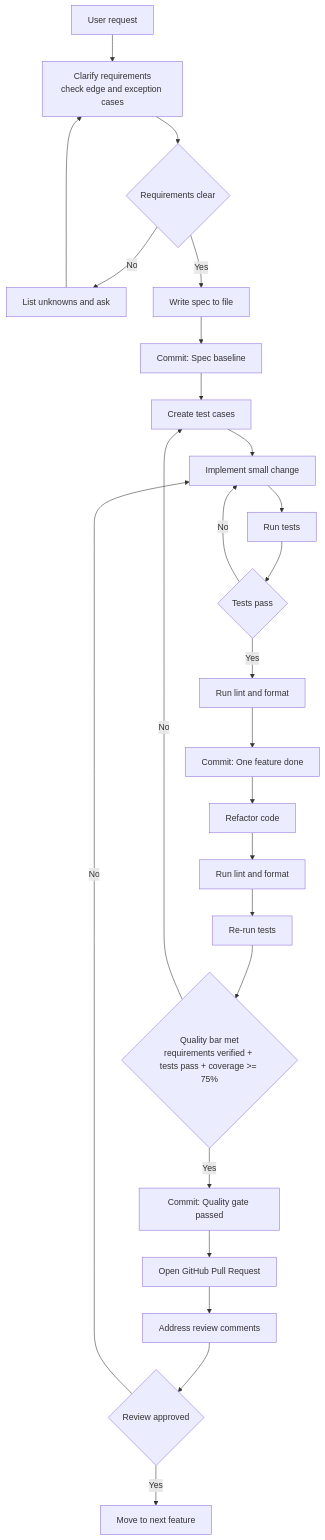
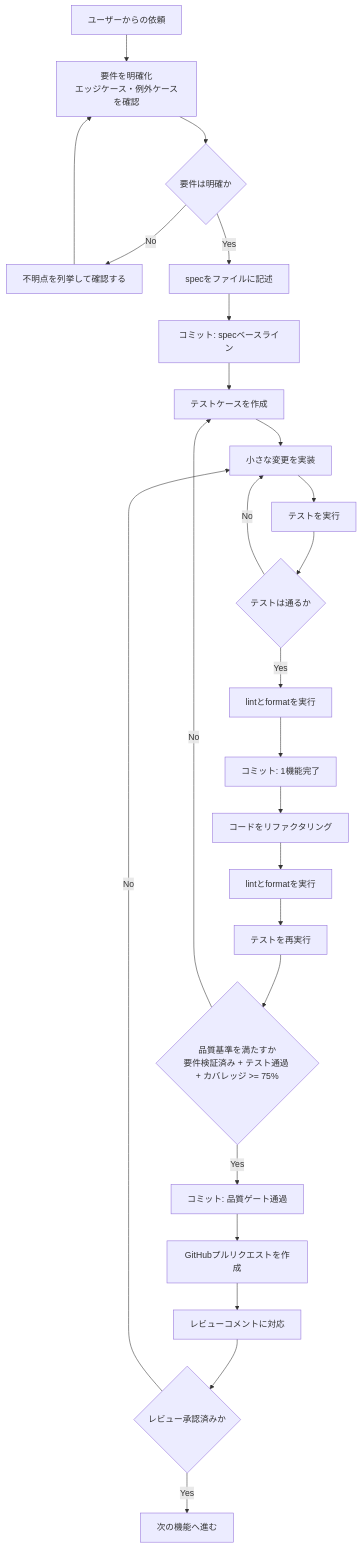
One commit to kuju63/code-review-agents changed the diagram in AGENTS.md. Above: the diagram before and after it, drawn with Mermaid. The commit also changed other lines of this file, not shown here.

````diff
--- a/AGENTS.md
+++ b/AGENTS.md
@@ -155,27 +149,27 @@
 ```mermaid
 flowchart TD
-    A["User request"] --> B["Clarify requirements<br/>check edge and exception cases"]
-    B --> C{"Requirements clear"}
-    C -- No --> D["List unknowns and ask"]
+    A["ユーザーからの依頼"] --> B["要件を明確化<br/>エッジケース・例外ケースを確認"]
+    B --> C{"要件は明確か"}
+    C -- No --> D["不明点を列挙して確認する"]
     D --> B
-    C -- Yes --> K["Write spec to file"]
-        K --> C1["Commit: Spec baseline"]
-        C1 --> E["Create test cases"]
-    E --> F["Implement small change"]
-    F --> G["Run tests"]
-    G --> H{"Tests pass"}
-        H -- Yes --> L["Run lint and format"]
-        L --> C2["Commit: One feature done"]
-        C2 --> I["Refactor code"]
+    C -- Yes --> K["specをファイルに記述"]
+        K --> C1["コミット: specベースライン"]
+        C1 --> E["テストケースを作成"]
+    E --> F["小さな変更を実装"]
+    F --> G["テストを実行"]
+    G --> H{"テストは通るか"}
+        H -- Yes --> L["lintとformatを実行"]
+        L --> C2["コミット: 1機能完了"]
+        C2 --> I["コードをリファクタリング"]
         H -- No --> F
-        I --> M["Run lint and format"]
-    M --> O["Re-run tests"]
-    O --> P{"Quality bar met<br/>requirements verified + tests pass + coverage >= 75%"}
+        I --> M["lintとformatを実行"]
+    M --> O["テストを再実行"]
+    O --> P{"品質基準を満たすか<br/>要件検証済み + テスト通過 + カバレッジ >= 75%"}
     P -- No --> E
-    P -- Yes --> C3["Commit: Quality gate passed"]
-    C3 --> Q["Open GitHub Pull Request"]
-    Q --> R["Address review comments"]
-    R --> S{"Review approved"}
+    P -- Yes --> C3["コミット: 品質ゲート通過"]
+    C3 --> Q["GitHubプルリクエストを作成"]
+    Q --> R["レビューコメントに対応"]
+    R --> S{"レビュー承認済みか"}
     S -- No --> F
-    S -- Yes --> J["Move to next feature"]
+    S -- Yes --> J["次の機能へ進む"]
 ```
````
